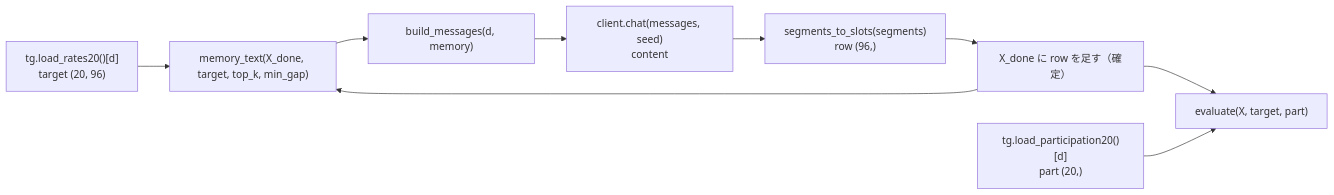
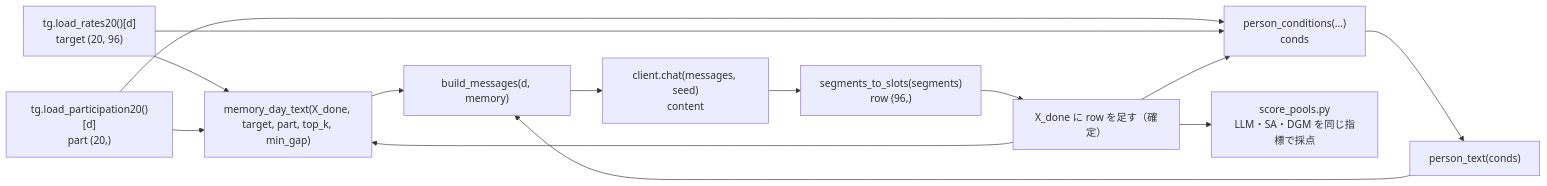
The diagram in README.md (BalaneML/ScheduleAgent), drawn with Mermaid before and after one commit. The commit also changed other lines of this file and 7 other files, not shown here.

````diff
--- a/README.md
+++ b/README.md
@@ -12,11 +14,15 @@
 ```mermaid
 flowchart LR
-    T["tg.load_rates20()[d]<br/>target (20, 96)"] --> M["memory_text(X_done, target, top_k, min_gap)"]
-    M --> P["build_messages(d, memory)"]
+    T["tg.load_rates20()[d]<br/>target (20, 96)"] --> MD["memory_day_text(X_done, target, part, top_k, min_gap)"]
+    PART["tg.load_participation20()[d]<br/>part (20,)"] --> MD
+    PART --> PC["person_conditions(...)<br/>conds"]
+    T --> PC
+    MD --> P["build_messages(d, memory)"]
+    PC --> PT["person_text(conds)"] --> P
     P --> L["client.chat(messages, seed)<br/>content"]
     L --> S["segments_to_slots(segments)<br/>row (96,)"]
     S --> X["X_done に row を足す（確定）"]
-    X --> M
-    X --> E["evaluate(X, target, part)"]
-    PART["tg.load_participation20()[d]<br/>part (20,)"] --> E
+    X --> MD
+    X --> PC
+    X --> SC["score_pools.py<br/>LLM・SA・DGM を同じ指標で採点"]
 ```
````
